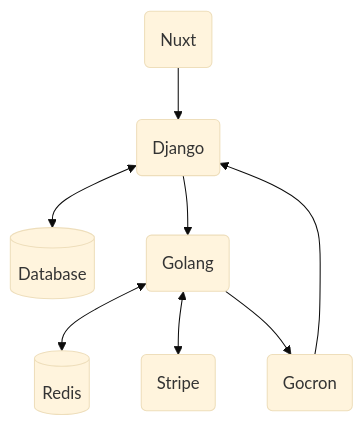
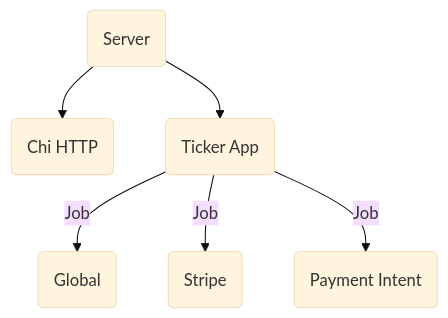
The first of 2 diagrams in services/gopurchase/README.md (Zadigo/mycommerce), drawn with Mermaid (base theme) before and after one commit. The commit also changed other lines of this file and 2 other files, not shown here.

````diff
--- a/services/gopurchase/README.md
+++ b/services/gopurchase/README.md
@@ -13,11 +21,9 @@
 ```mermaid
 flowchart
 
-N(Nuxt) --> D(Django)
-D <--> PG[(Database)]
-D --> G(Golang)
-G <--> R[(Redis)]
-G <--> ST(Stripe)
-G --> GC(Gocron)
-GC --> D
+S(Server) --> C(Chi HTTP)
+S --> T(Ticker App)
+T --> |Job|G(Global)
+T --> |Job|ST(Stripe)
+T --> |Job|P(Payment Intent)
 ```
````
